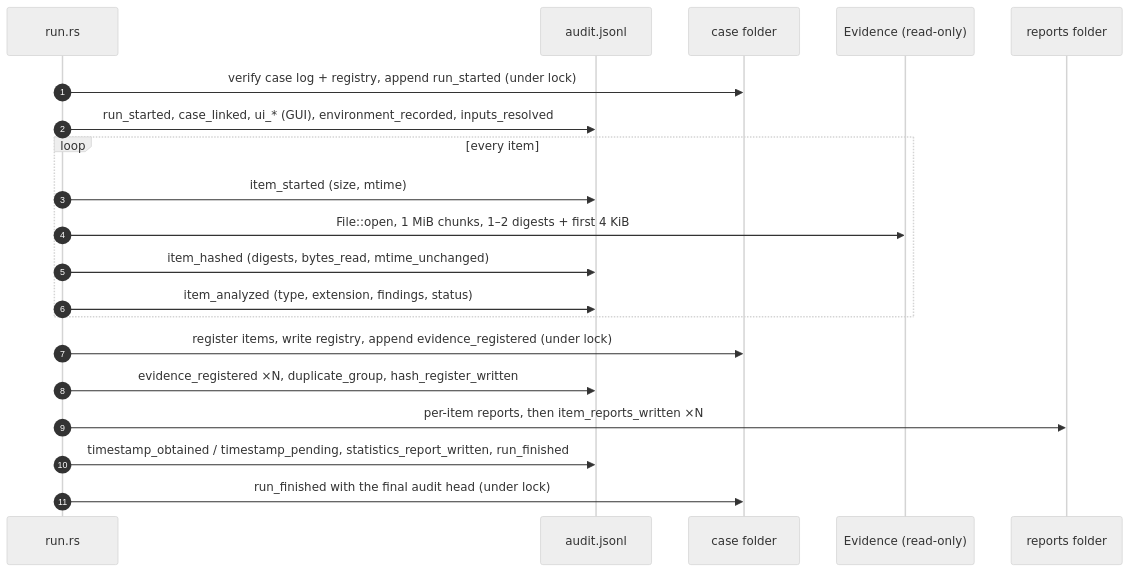
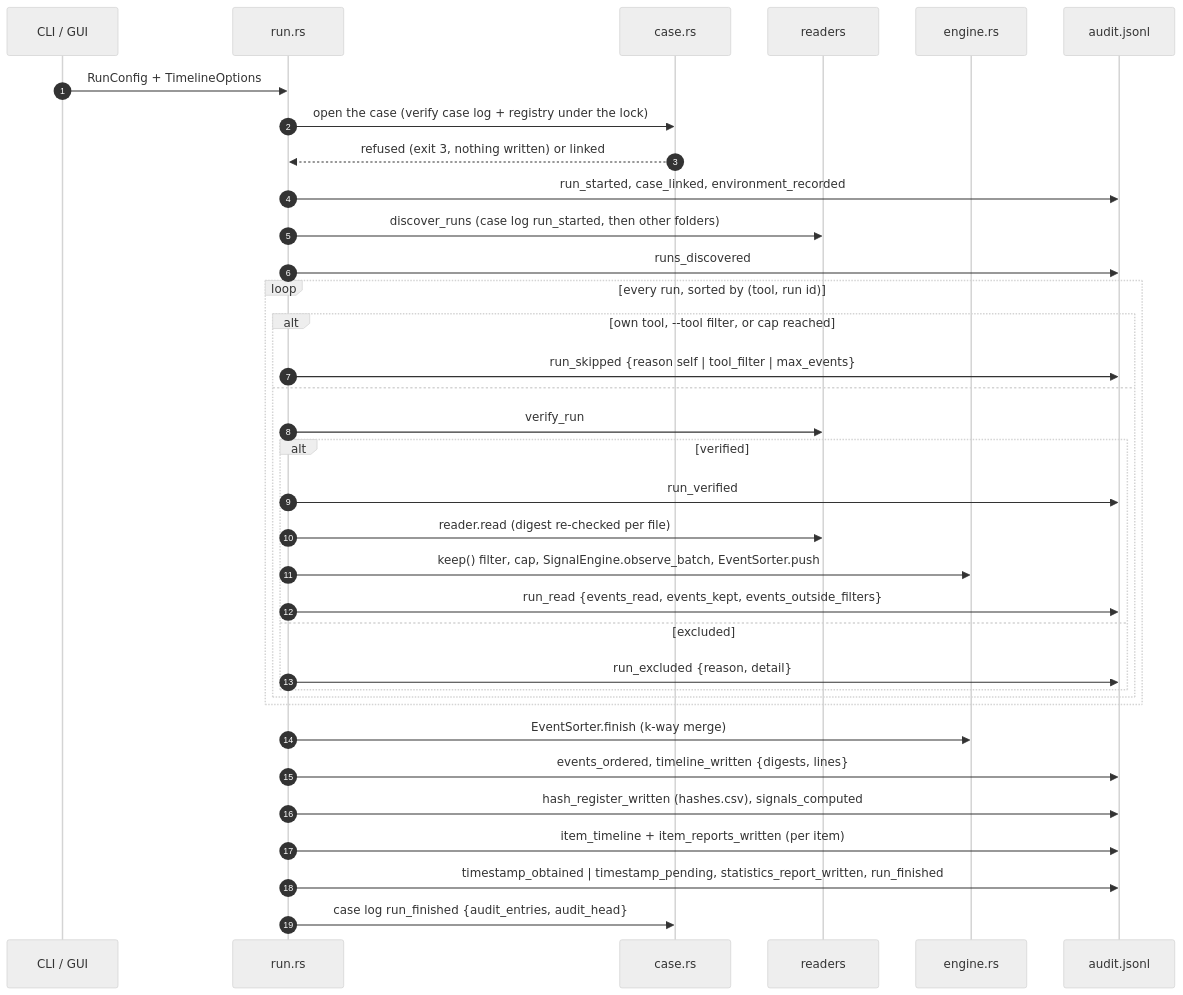
One commit to Panacota96/rv-timeline changed the fourth of 10 diagrams in docs/theory.md. Above: the diagram before and after it, drawn with Mermaid (neutral theme). The commit also changed other lines of this file and 984 other files, not shown here.

First line of the commit message:
feat: RV Timeline v0.1 — cited case timeline from the Rakvor tools' outputs (#3)

````diff
--- a/docs/theory.md
+++ b/docs/theory.md
@@ -252,22 +206,37 @@
 ```mermaid
 sequenceDiagram
     autonumber
+    participant CLI as CLI / GUI
     participant R as run.rs
-    participant A as audit.jsonl
-    participant C as case folder
-    participant E as Evidence (read-only)
-    participant O as reports folder
-    R->>C: verify case log + registry, append run_started (under lock)
-    R->>A: run_started, case_linked, ui_* (GUI), environment_recorded, inputs_resolved
-    loop every item
-        R->>A: item_started (size, mtime)
-        R->>E: File::open, 1 MiB chunks, 1–2 digests + first 4 KiB
-        R->>A: item_hashed (digests, bytes_read, mtime_unchanged)
-        R->>A: item_analyzed (type, extension, findings, status)
+    participant C as case.rs
+    participant RD as readers
+    participant E as engine.rs
+    participant L as audit.jsonl
+    CLI->>R: RunConfig + TimelineOptions
+    R->>C: open the case (verify case log + registry under the lock)
+    C-->>R: refused (exit 3, nothing written) or linked
+    R->>L: run_started, case_linked, environment_recorded
+    R->>RD: discover_runs (case log run_started, then other folders)
+    R->>L: runs_discovered
+    loop every run, sorted by (tool, run id)
+        alt own tool, --tool filter, or cap reached
+            R->>L: run_skipped {reason self | tool_filter | max_events}
+        else
+            R->>RD: verify_run
+            alt verified
+                R->>L: run_verified
+                R->>RD: reader.read (digest re-checked per file)
+                R->>E: keep() filter, cap, SignalEngine.observe_batch, EventSorter.push
+                R->>L: run_read {events_read, events_kept, events_outside_filters}
+            else excluded
+                R->>L: run_excluded {reason, detail}
+            end
+        end
     end
-    R->>C: register items, write registry, append evidence_registered (under lock)
-    R->>A: evidence_registered ×N, duplicate_group, hash_register_written
-    R->>O: per-item reports, then item_reports_written ×N
-    R->>A: timestamp_obtained / timestamp_pending, statistics_report_written, run_finished
-    R->>C: run_finished with the final audit head (under lock)
+    R->>E: EventSorter.finish (k-way merge)
+    R->>L: events_ordered, timeline_written {digests, lines}
+    R->>L: hash_register_written (hashes.csv), signals_computed
+    R->>L: item_timeline + item_reports_written (per item)
+    R->>L: timestamp_obtained | timestamp_pending, statistics_report_written, run_finished
+    R->>C: case log run_finished {audit_entries, audit_head}
 ```
````
